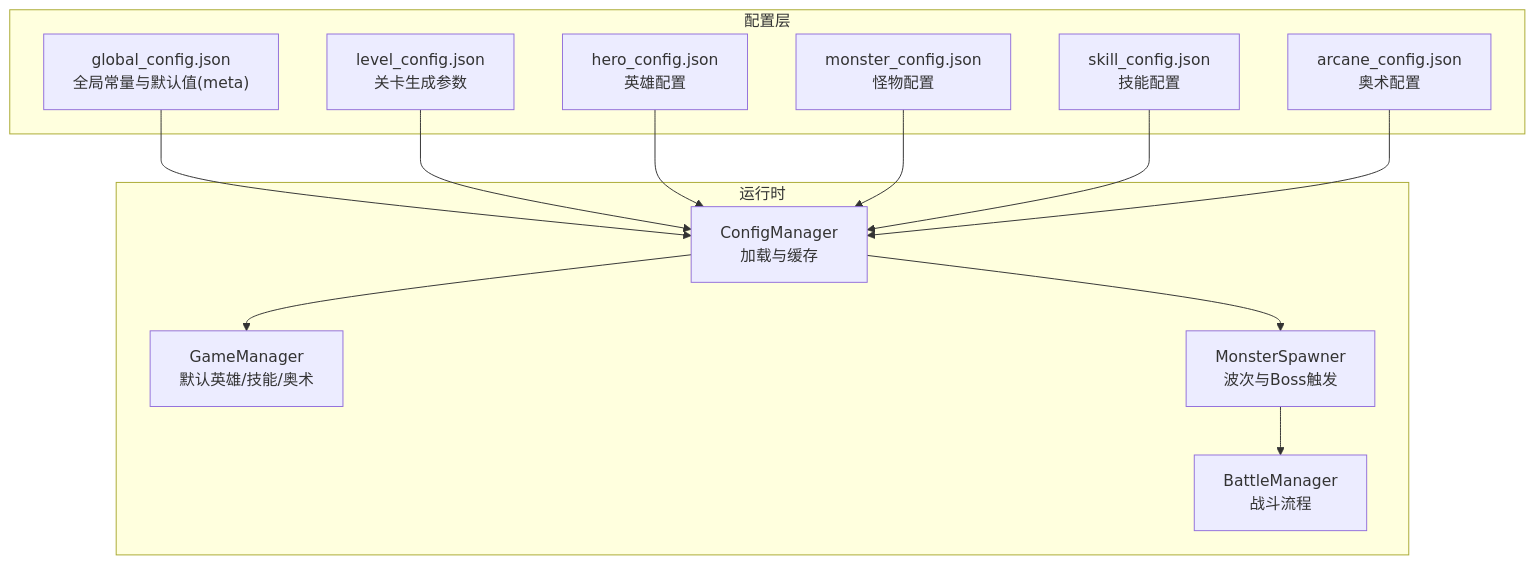
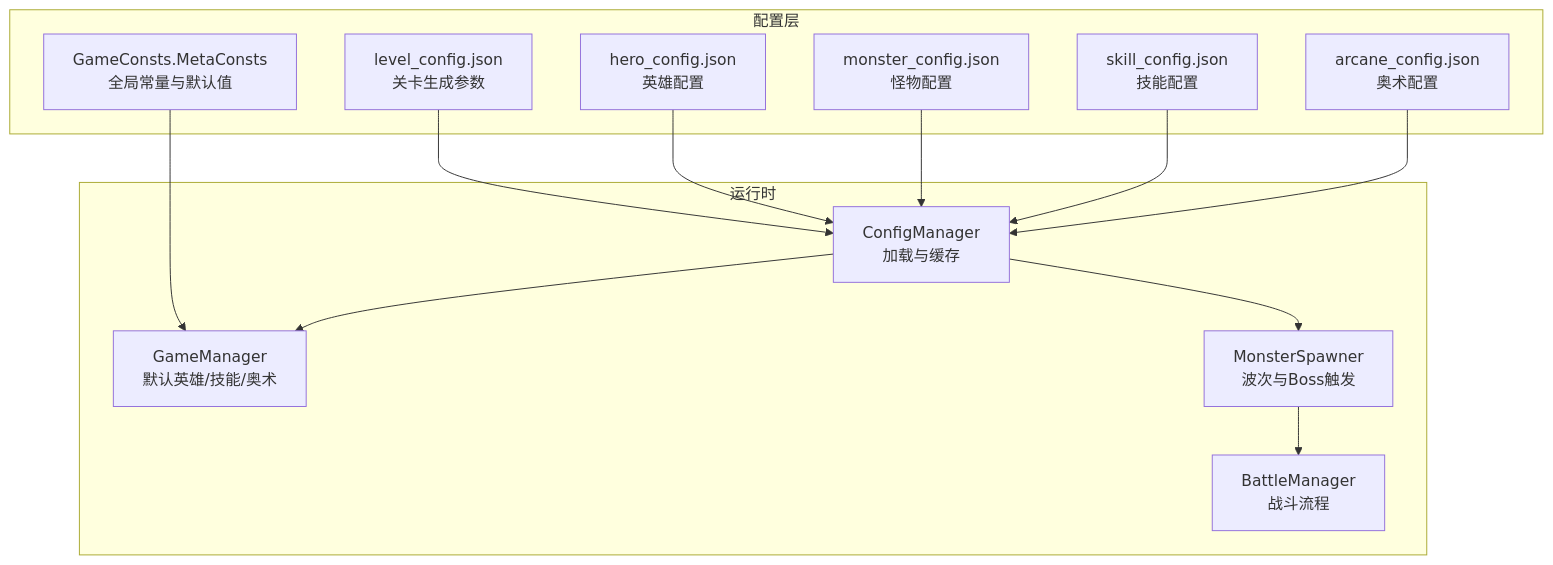
The first of 5 diagrams in .qoder/repowiki/zh/content/配置管理系统/配置文件类型/全局配置文件.md (Tuusen/p1_client), drawn with Mermaid before and after one commit. The commit also changed other lines of this file and 14 other files, not shown here.

````diff
--- a/.qoder/repowiki/zh/content/配置管理系统/配置文件类型/全局配置文件.md
+++ b/.qoder/repowiki/zh/content/配置管理系统/配置文件类型/全局配置文件.md
@@ -39,26 +39,26 @@
 ```mermaid
 graph TB
 subgraph "配置层"
-GC["global_config.json<br/>全局常量与默认值(meta)"]
+GC["GameConsts.MetaConsts<br/>全局常量与默认值"]
 LC["level_config.json<br/>关卡生成参数"]
 HC["hero_config.json<br/>英雄配置"]
 MC["monster_config.json<br/>怪物配置"]
 SC["skill_config.json<br/>技能配置"]
 AC["arcane_config.json<br/>奥术配置"]
 end
 subgraph "运行时"
 CM["ConfigManager<br/>加载与缓存"]
 GM["GameManager<br/>默认英雄/技能/奥术"]
 MS["MonsterSpawner<br/>波次与Boss触发"]
 BM["BattleManager<br/>战斗流程"]
 end
-GC --> CM
+GC --> GM
 LC --> CM
 HC --> CM
 MC --> CM
 SC --> CM
 AC --> CM
 CM --> GM
 CM --> MS
 MS --> BM
 ```
````
